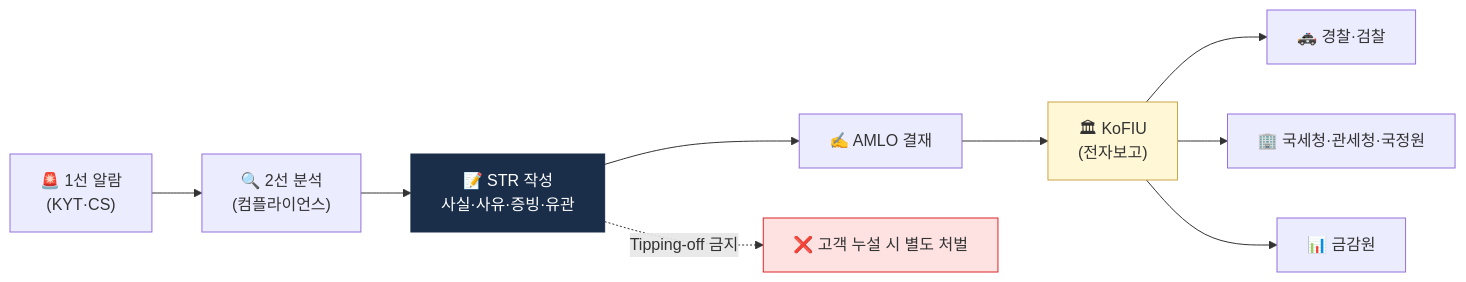
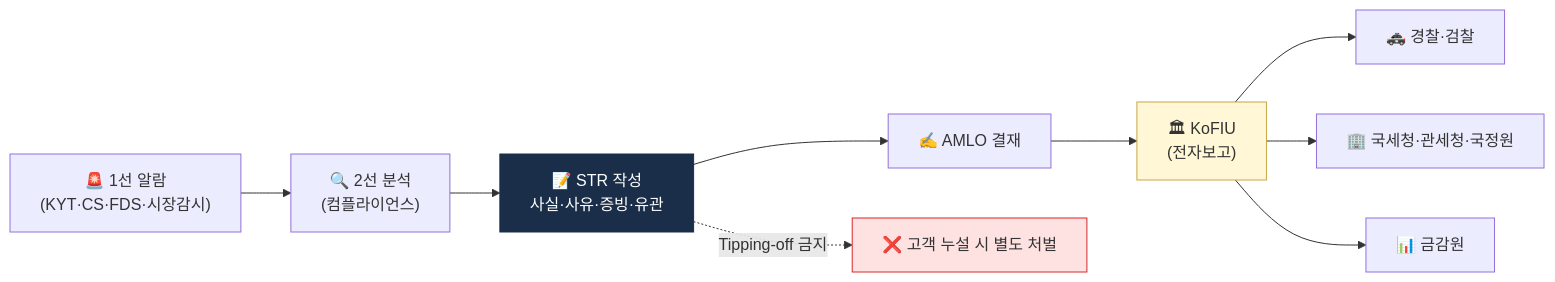
One commit to lala-david/aml-notes changed the first of 3 diagrams in notes/5-compliance/str-ctr.md. Above: the diagram before and after it, drawn with Mermaid. The commit also changed other lines of this file and 379 other files, not shown here.

First line of the commit message:
notes,kb,en,deep,charts: 2026-10-21 기준 정정 46건 반영 — 출처 없는 수치를 걷어내고 다이어그램을 다시 그림

````diff
--- a/notes/5-compliance/str-ctr.md
+++ b/notes/5-compliance/str-ctr.md
@@ -16,14 +18,14 @@
 ```mermaid
 flowchart LR
-    A["🚨 1선 알람<br/>(KYT·CS)"] --> B["🔍 2선 분석<br/>(컴플라이언스)"]
+    A["🚨 1선 알람<br/>(KYT·CS·FDS·시장감시)"] --> B["🔍 2선 분석<br/>(컴플라이언스)"]
     B --> C["📝 STR 작성<br/>사실·사유·증빙·유관"]
     C --> D["✍️ AMLO 결재"]
     D --> K["🏛 KoFIU<br/>(전자보고)"]
     K --> P["🚓 경찰·검찰"]
     K --> N["🏢 국세청·관세청·국정원"]
     K --> F["📊 금감원"]
     C -.Tipping-off 금지.-> X["❌ 고객 누설 시 별도 처벌"]
     style C fill:#1a2e4a,color:#fff,stroke:#1a2e4a
     style K fill:#fff7d6,stroke:#c9a646
     style X fill:#fee2e2,stroke:#dc2626
 ```
````
